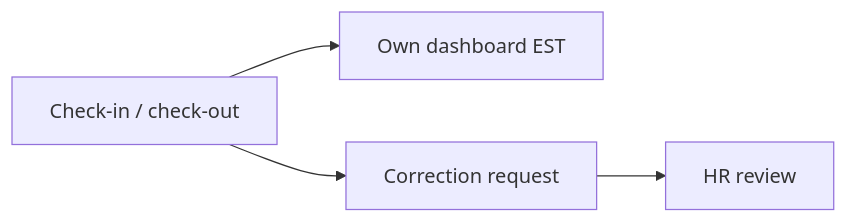
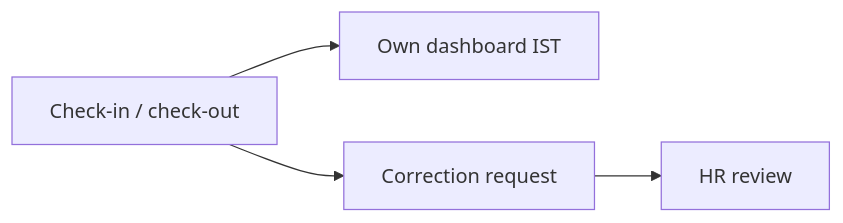
Before and after one commit to Sanskriti1804/leave-attendance-system: the second of 2 diagrams in documentation/architecture/flow.md, drawn with Mermaid. The commit also changed other lines of this file and 38 other files, not shown here.

````diff
--- a/documentation/architecture/flow.md
+++ b/documentation/architecture/flow.md
@@ -174,9 +174,9 @@
 ```mermaid
 flowchart LR
   P[Check-in / check-out]
-  D[Own dashboard EST]
+  D[Own dashboard IST]
   C[Correction request]
   H[HR review]
   P --> D
   P --> C --> H
 ```
````
